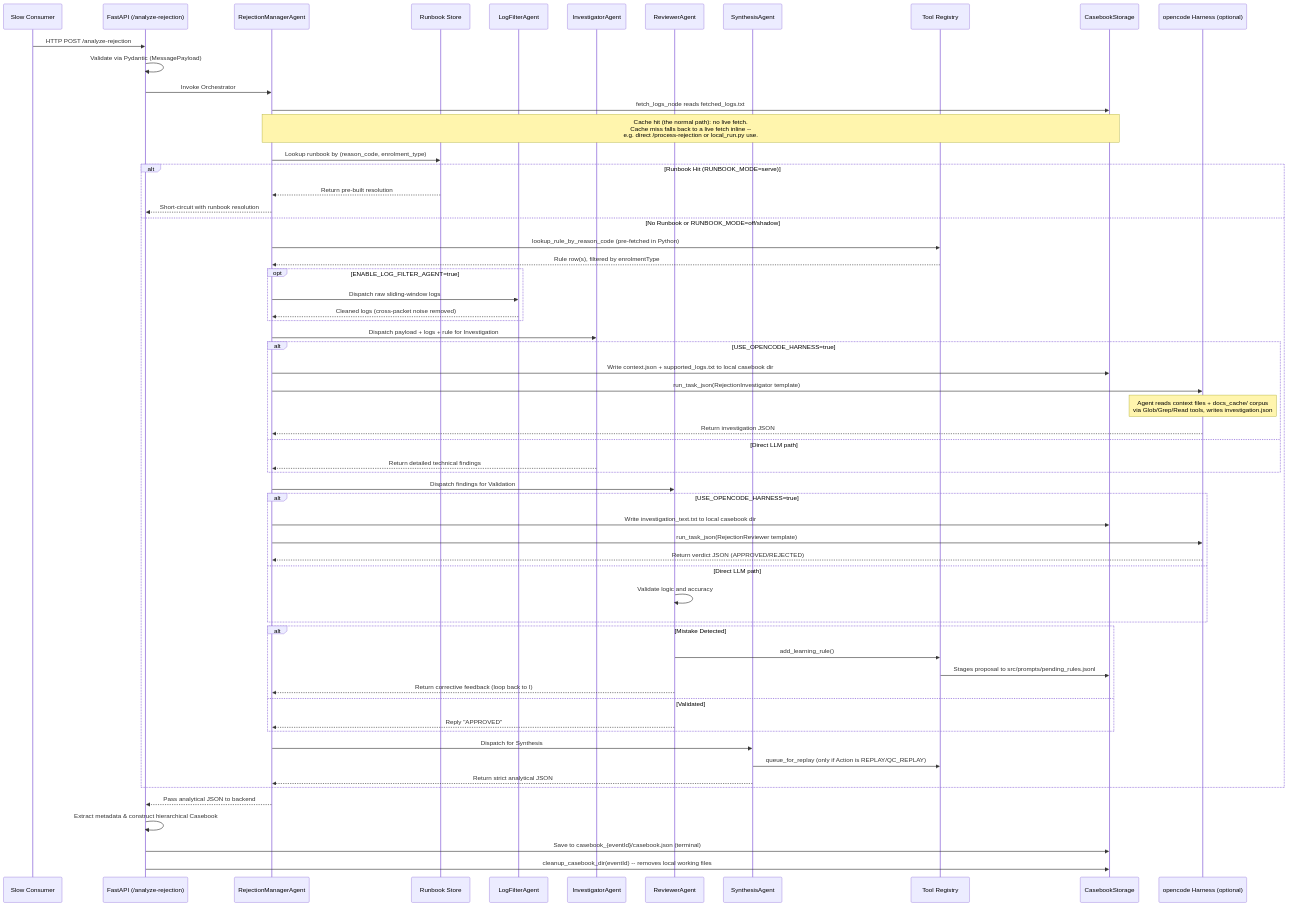
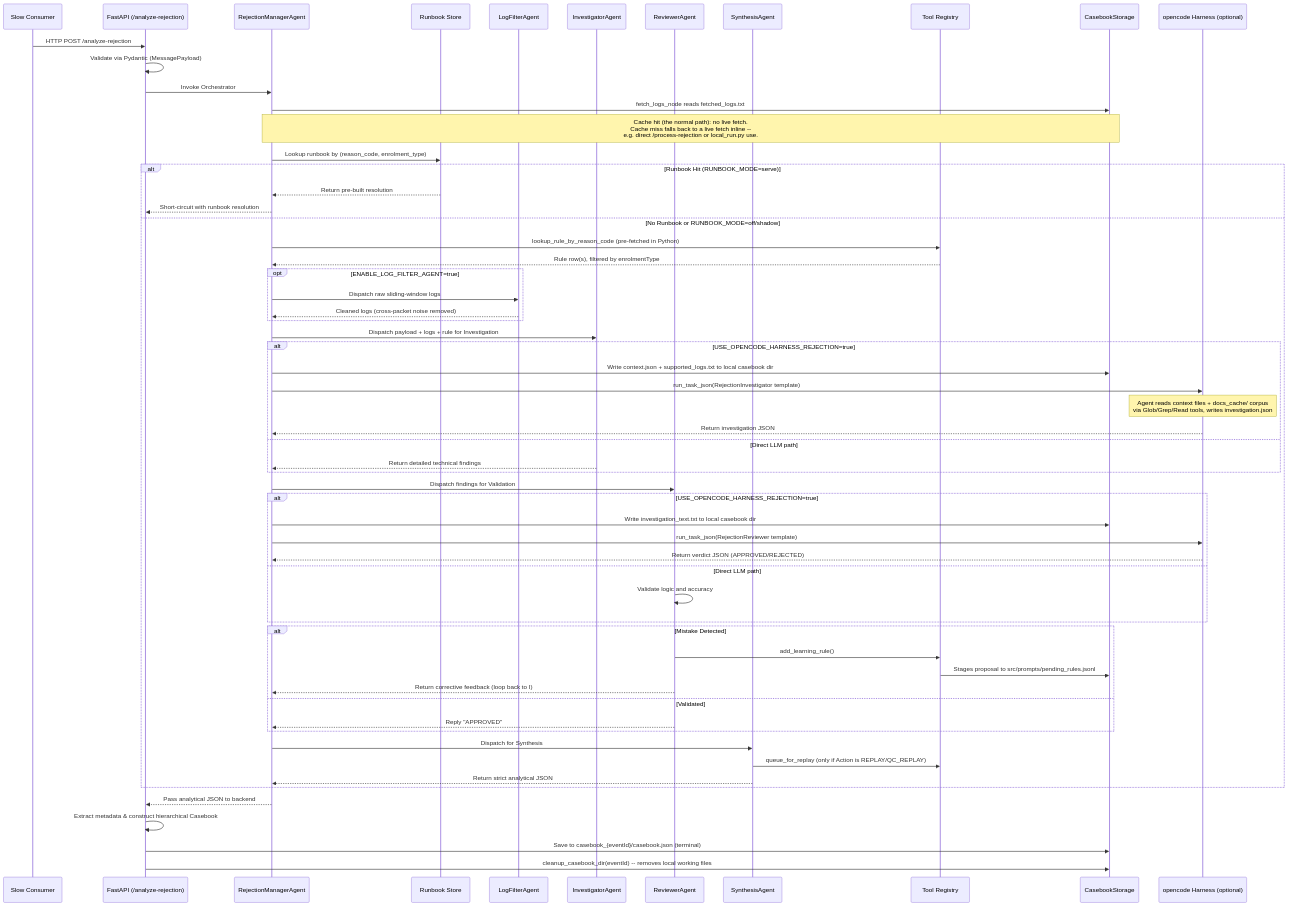
Before and after one commit to GuruSrikanth10/agentic-resident-crm: the second of 7 diagrams in ARCHITECTURE.md, drawn with Mermaid. The commit also changed other lines of this file and 30 other files, not shown here.

````diff
--- a/ARCHITECTURE.md
+++ b/ARCHITECTURE.md
@@ -78,74 +78,74 @@
 ```mermaid
 sequenceDiagram
     participant SC as Slow Consumer
     participant API as FastAPI (/analyze-rejection)
     participant M as RejectionManagerAgent
     participant RB as Runbook Store
     participant LF as LogFilterAgent
     participant I as InvestigatorAgent
     participant R as ReviewerAgent
     participant S as SynthesisAgent
     participant T as Tool Registry
     participant FS as CasebookStorage
     participant OC as opencode Harness (optional)
 
     SC->>API: HTTP POST /analyze-rejection
     
     API->>API: Validate via Pydantic (MessagePayload)
     API->>M: Invoke Orchestrator
 
     M->>FS: fetch_logs_node reads fetched_logs.txt
     Note over M,FS: Cache hit (the normal path): no live fetch.<br/>Cache miss falls back to a live fetch inline --<br/>e.g. direct /process-rejection or local_run.py use.
     
     M->>RB: Lookup runbook by (reason_code, enrolment_type)
     alt Runbook Hit (RUNBOOK_MODE=serve)
         RB-->>M: Return pre-built resolution
         M-->>API: Short-circuit with runbook resolution
     else No Runbook or RUNBOOK_MODE=off/shadow
         M->>T: lookup_rule_by_reason_code (pre-fetched in Python)
         T-->>M: Rule row(s), filtered by enrolmentType
         
         opt ENABLE_LOG_FILTER_AGENT=true
             M->>LF: Dispatch raw sliding-window logs
             LF-->>M: Cleaned logs (cross-packet noise removed)
         end
         
         M->>I: Dispatch payload + logs + rule for Investigation
         
-        alt USE_OPENCODE_HARNESS=true
+        alt USE_OPENCODE_HARNESS_REJECTION=true
             M->>FS: Write context.json + supported_logs.txt to local casebook dir
             M->>OC: run_task_json(RejectionInvestigator template)
             Note over OC: Agent reads context files + docs_cache/ corpus<br/>via Glob/Grep/Read tools, writes investigation.json
             OC-->>M: Return investigation JSON
         else Direct LLM path
             I-->>M: Return detailed technical findings
         end
         
         M->>R: Dispatch findings for Validation
         
-        alt USE_OPENCODE_HARNESS=true
+        alt USE_OPENCODE_HARNESS_REJECTION=true
             M->>FS: Write investigation_text.txt to local casebook dir
             M->>OC: run_task_json(RejectionReviewer template)
             OC-->>M: Return verdict JSON (APPROVED/REJECTED)
         else Direct LLM path
             R->>R: Validate logic and accuracy
         end
         
         alt Mistake Detected
             R->>T: add_learning_rule()
             T->>FS: Stages proposal to src/prompts/pending_rules.jsonl
             R-->>M: Return corrective feedback (loop back to I)
         else Validated
             R-->>M: Reply "APPROVED"
         end
         
         M->>S: Dispatch for Synthesis
         S->>T: queue_for_replay (only if Action is REPLAY/QC_REPLAY)
         S-->>M: Return strict analytical JSON
     end
     
     M-->>API: Pass analytical JSON to backend
     API->>API: Extract metadata & construct hierarchical Casebook
     API->>FS: Save to casebook_{eventId}/casebook.json (terminal)
     API->>FS: cleanup_casebook_dir(eventId) -- removes local working files
 ```
````
